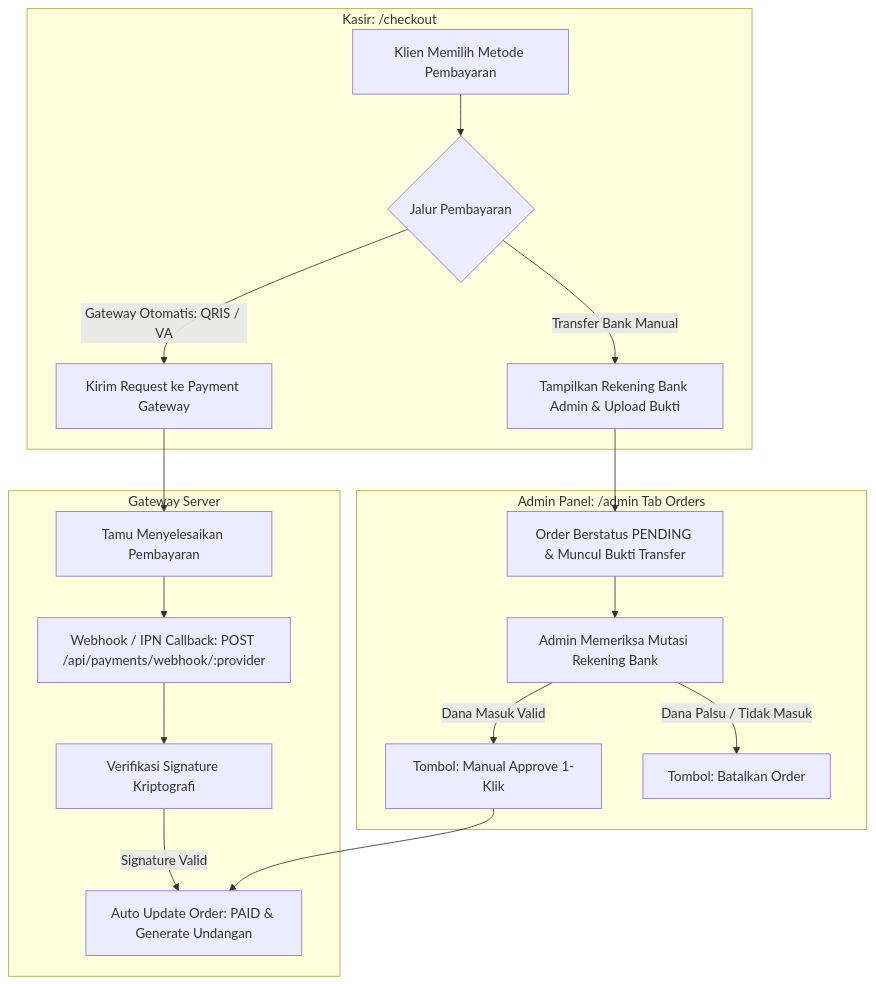
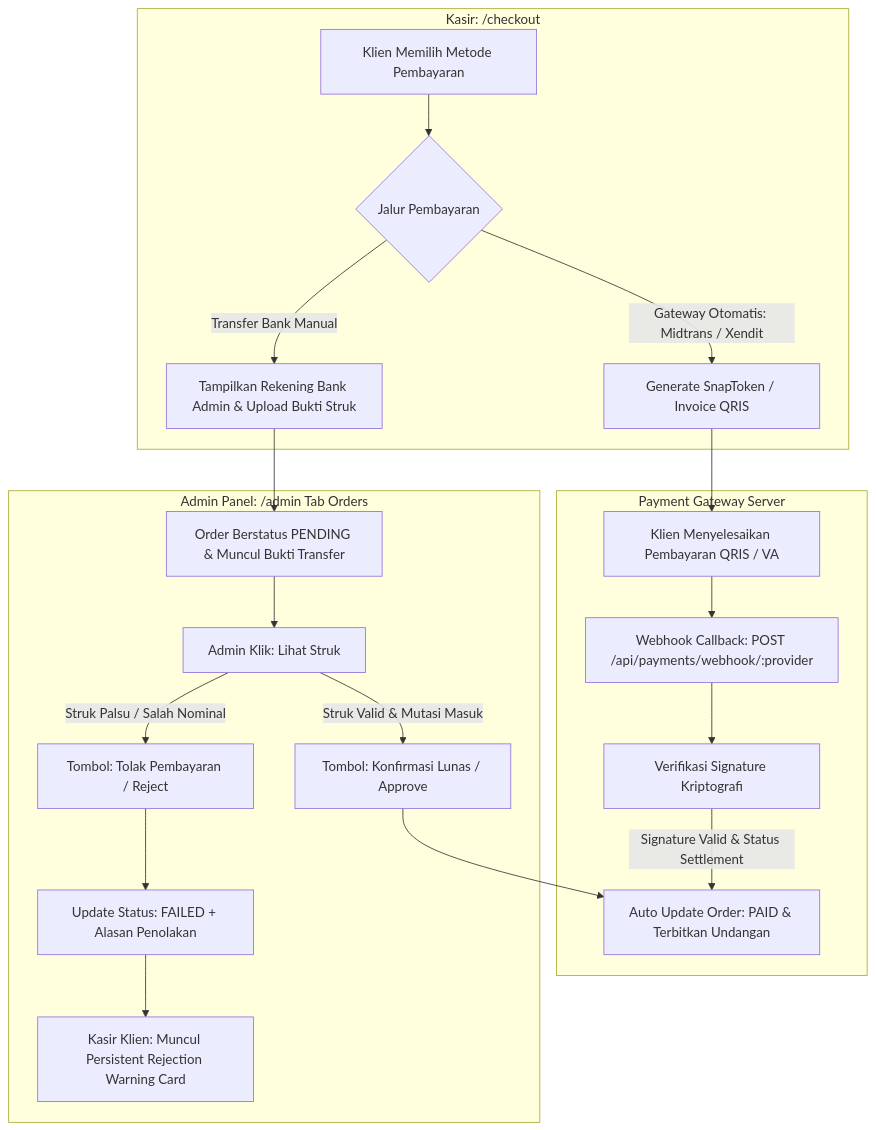
Before and after one commit to armansyam/luxenary-invite: the diagram in docs/admin/MANAJEMEN_TRANSAKSI_DAN_GATEWAY.md, drawn with Mermaid. The commit also changed other lines of this file and 25 other files, not shown here.

Commit message:
feat(admin): modularize admin dashboard tabs, add server pagination, live diagnostics, and sync docs

````diff
--- a/docs/admin/MANAJEMEN_TRANSAKSI_DAN_GATEWAY.md
+++ b/docs/admin/MANAJEMEN_TRANSAKSI_DAN_GATEWAY.md
@@ -12,23 +12,25 @@
 ```mermaid
 flowchart TD
     subgraph KasirCheckout [Kasir: /checkout]
         A[Klien Memilih Metode Pembayaran] --> B{Jalur Pembayaran}
-        B -->|Gateway Otomatis: QRIS / VA| C[Kirim Request ke Payment Gateway]
-        B -->|Transfer Bank Manual| D[Tampilkan Rekening Bank Admin & Upload Bukti]
+        B -->|Gateway Otomatis: Midtrans / Xendit| C[Generate SnapToken / Invoice QRIS]
+        B -->|Transfer Bank Manual| D[Tampilkan Rekening Bank Admin & Upload Bukti Struk]
     end
     
-    subgraph GatewayOtomatis [Gateway Server]
-        C --> E[Tamu Menyelesaikan Pembayaran]
-        E --> F[Webhook / IPN Callback: POST /api/payments/webhook/:provider]
+    subgraph GatewayOtomatis [Payment Gateway Server]
+        C --> E[Klien Menyelesaikan Pembayaran QRIS / VA]
+        E --> F[Webhook Callback: POST /api/payments/webhook/:provider]
         F --> G[Verifikasi Signature Kriptografi]
-        G -->|Signature Valid| H[Auto Update Order: PAID & Generate Undangan]
+        G -->|Signature Valid & Status Settlement| H[Auto Update Order: PAID & Terbitkan Undangan]
     end
     
     subgraph AdminConsole [Admin Panel: /admin Tab Orders]
         D --> I[Order Berstatus PENDING & Muncul Bukti Transfer]
-        I --> J[Admin Memeriksa Mutasi Rekening Bank]
-        J -->|Dana Masuk Valid| K[Tombol: Manual Approve 1-Klik]
+        I --> J[Admin Klik: Lihat Struk]
+        J -->|Struk Valid & Mutasi Masuk| K[Tombol: Konfirmasi Lunas / Approve]
         K --> H
-        J -->|Dana Palsu / Tidak Masuk| L[Tombol: Batalkan Order]
+        J -->|Struk Palsu / Salah Nominal| L[Tombol: Tolak Pembayaran / Reject]
+        L --> M[Update Status: FAILED + Alasan Penolakan]
+        M --> N[Kasir Klien: Muncul Persistent Rejection Warning Card]
     end
 ```
````
